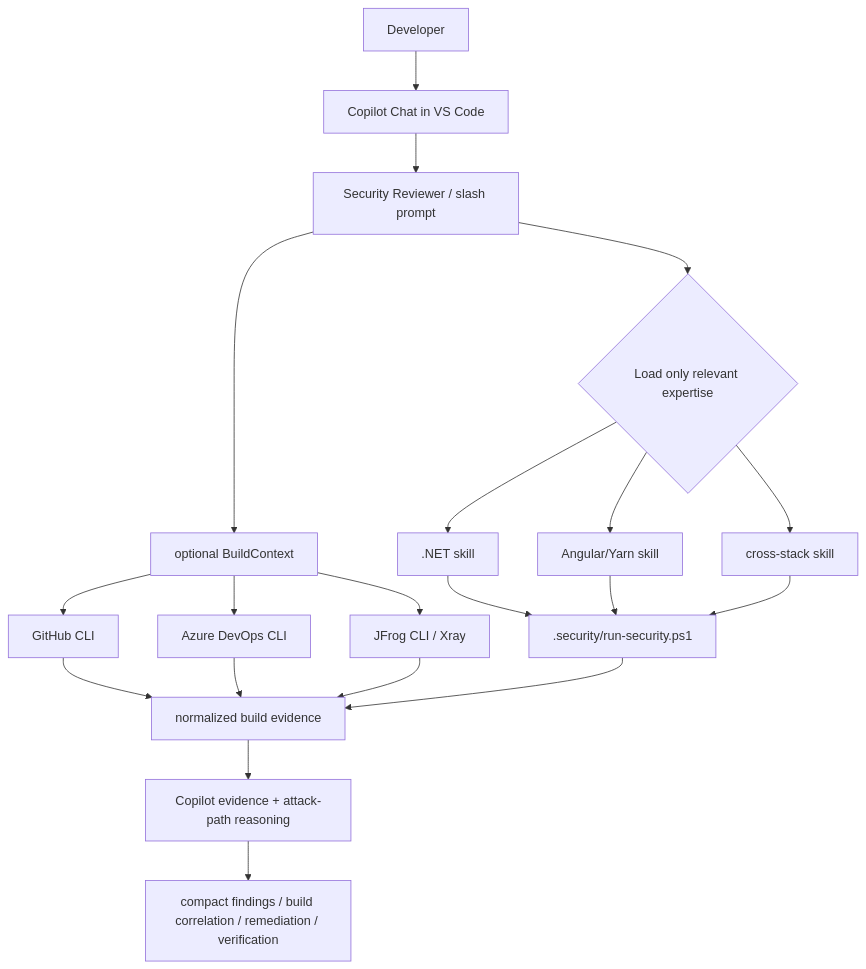
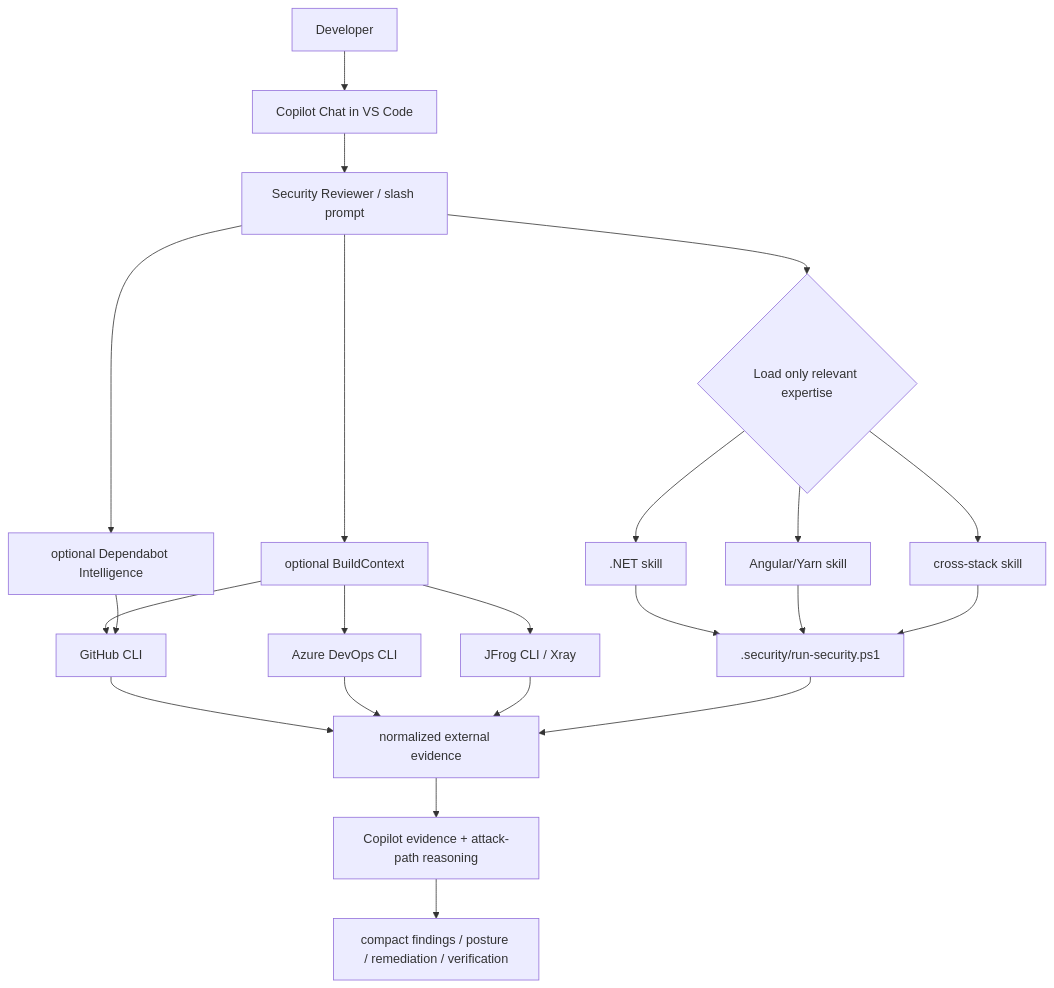
Before and after one commit to franciscofunes/copilot-security-pack: the second of 5 diagrams in README.md, drawn with Mermaid. The commit also changed other lines of this file, not shown here.

Commit message:
docs: expose Dependabot Intelligence in README

````diff
--- a/README.md
+++ b/README.md
@@ -39,22 +39,24 @@
 ```mermaid
 flowchart TB
     dev["Developer"] --> chat["Copilot Chat in VS Code"]
     chat --> reviewer["Security Reviewer / slash prompt"]
     reviewer --> skill{"Load only relevant expertise"}
     skill --> dotnet[".NET skill"]
     skill --> angular["Angular/Yarn skill"]
     skill --> cross["cross-stack skill"]
     reviewer --> build["optional BuildContext"]
+    reviewer --> dependabot["optional Dependabot Intelligence"]
     build --> gh["GitHub CLI"]
     build --> az["Azure DevOps CLI"]
     build --> jf["JFrog CLI / Xray"]
+    dependabot --> gh
     dotnet --> dispatcher[".security/run-security.ps1"]
     angular --> dispatcher
     cross --> dispatcher
-    gh --> evidence["normalized build evidence"]
+    gh --> evidence["normalized external evidence"]
     az --> evidence
     jf --> evidence
     dispatcher --> evidence
     evidence --> reasoning["Copilot evidence + attack-path reasoning"]
-    reasoning --> result["compact findings / build correlation / remediation / verification"]
+    reasoning --> result["compact findings / posture / remediation / verification"]
 ```
````
